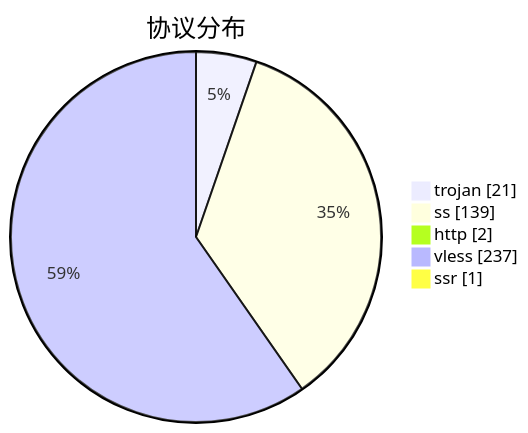
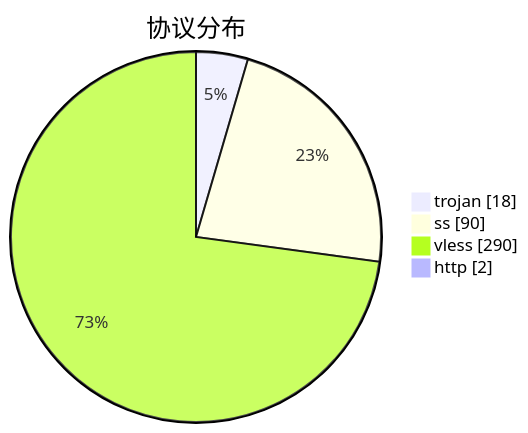
One commit to qjlxg/airport changed the third of 3 diagrams in subs/statistics/tested_within.md. Above: the diagram before and after it, drawn with Mermaid. The commit also changed other lines of this file and 2 other files, not shown here.

````diff
--- a/subs/statistics/tested_within.md
+++ b/subs/statistics/tested_within.md
@@ -18,9 +19,8 @@
 ```mermaid
 pie showData
 title 协议分布
-"trojan" : 21
-"ss" : 139
+"trojan" : 18
+"ss" : 90
+"vless" : 290
 "http" : 2
-"vless" : 237
-"ssr" : 1
 ```
````
